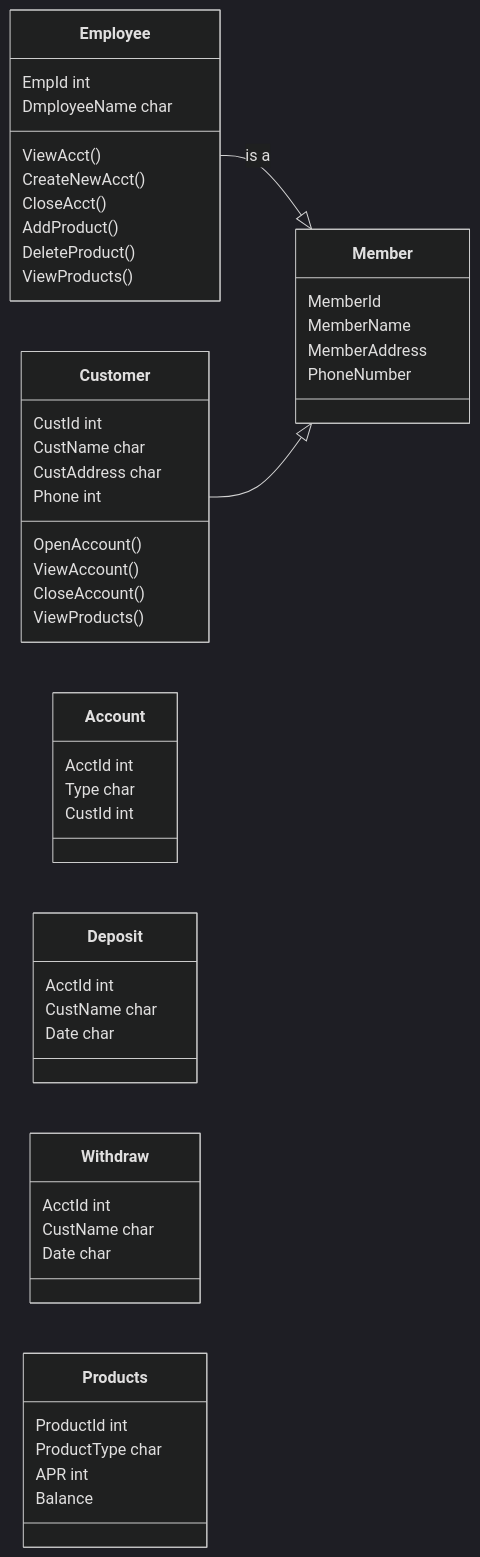
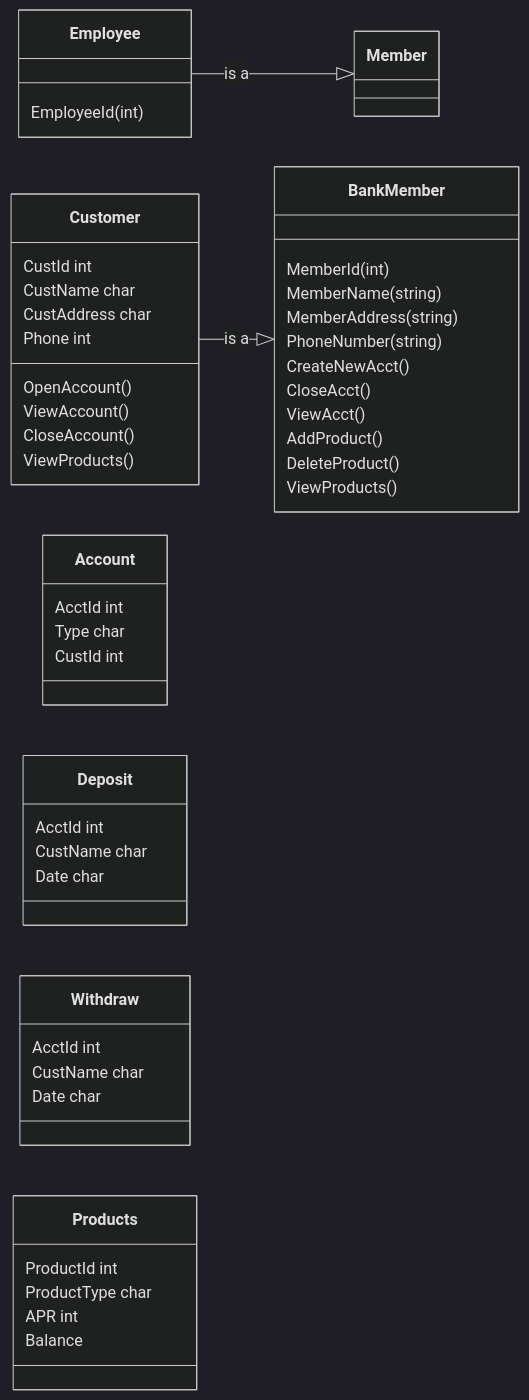
The diagram in mermaid.md (Marcus-Snell/Test), drawn with Mermaid (dark theme) before and after one commit.

````diff
--- a/mermaid.md
+++ b/mermaid.md
@@ -1,53 +1,51 @@
 ```mermaid
 classDiagram
 direction LR
-Member
-Member : MemberId
-Member : MemberName
-Member : MemberAddress
-Member : PhoneNumber
+BankMember
+BankMember : MemberId(int)
+BankMember : MemberName(string)
+BankMember : MemberAddress(string)
+BankMember : PhoneNumber(string)
+BankMember : CreateNewAcct()
+BankMember: CloseAcct()
+BankMember : ViewAcct()
+BankMember : AddProduct()
+BankMember : DeleteProduct()
+BankMember : ViewProducts()
 
 Employee --|> Member : is a
-Employee : EmpId int
-Employee : DmployeeName char
-Employee : ViewAcct()
-Employee : CreateNewAcct()
-Employee : CloseAcct()
-Employee : AddProduct()
-Employee : DeleteProduct()
-Employee : ViewProducts()
-  
+Employee : EmployeeId(int)
 
-Customer --|> Member
+Customer --|> BankMember : is a
 Customer : CustId int
 Customer : CustName char
 Customer : CustAddress char
 Customer : Phone int
 Customer : OpenAccount()
 Customer : ViewAccount()
 Customer : CloseAccount()
 Customer : ViewProducts()
 
 Account
 Account : AcctId int
 Account : Type char
 Account : CustId int
 
 Deposit
 Deposit : AcctId int
 Deposit : CustName char
 Deposit : Date char
 
 Withdraw
 Withdraw : AcctId int
 Withdraw : CustName char
 Withdraw : Date char
 
 
 Products : ProductId int
 Products : ProductType char
 Products : APR int
 Products : Balance
 
 
 ```
````
